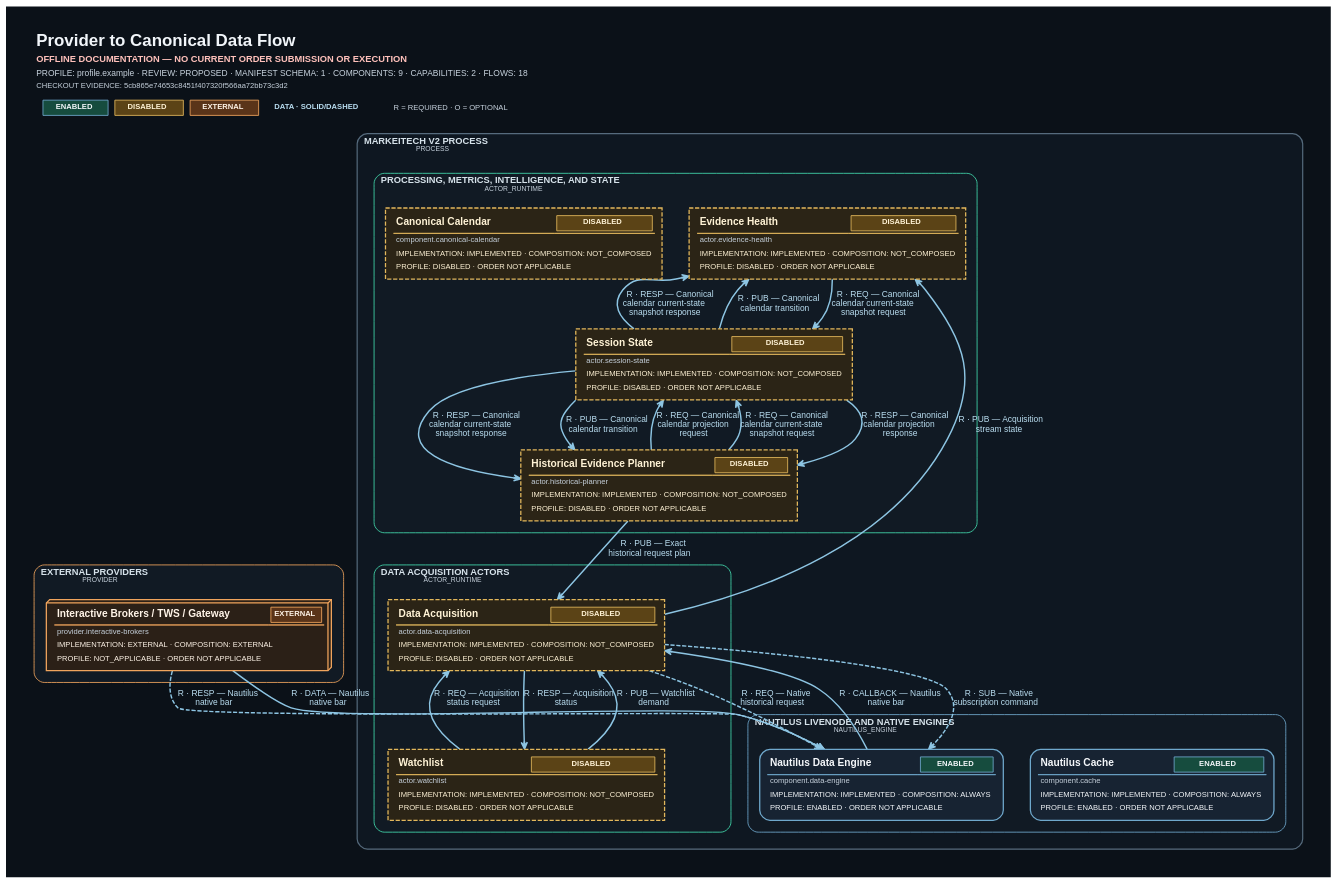
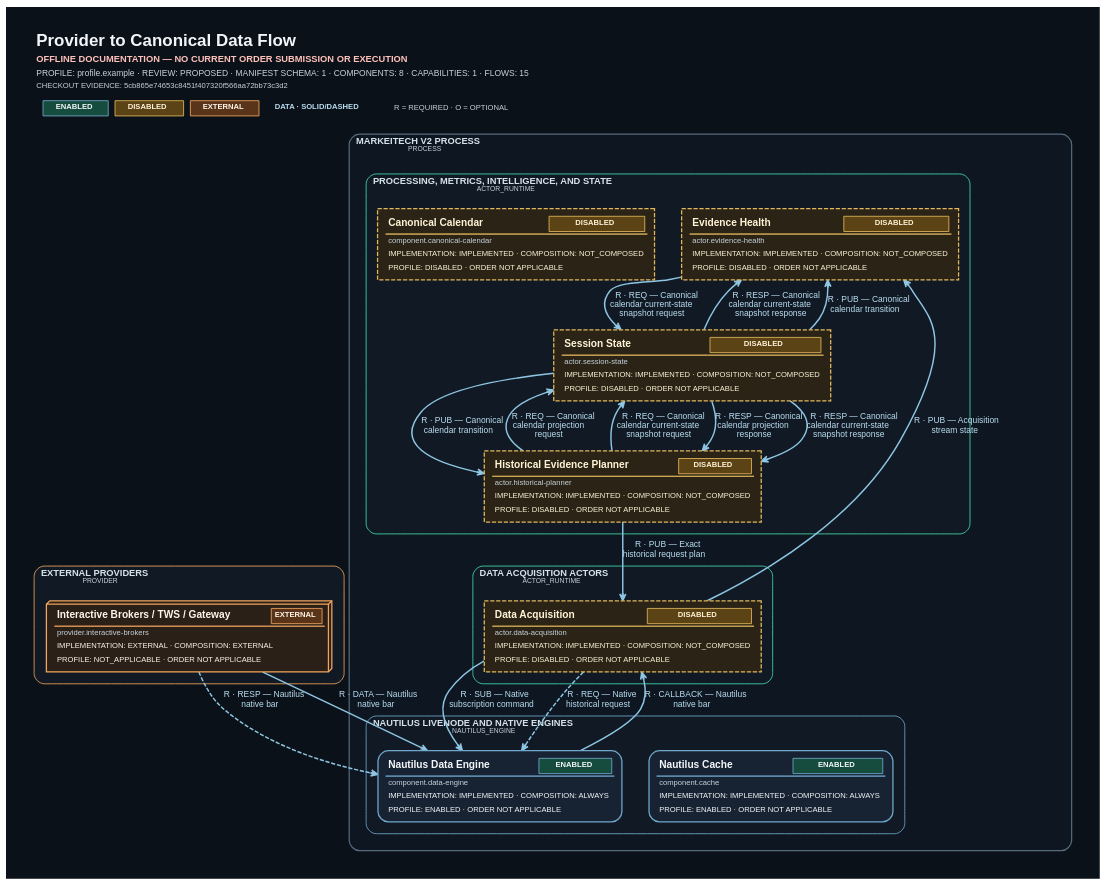
Before and after one commit to ShriekinNinja/Markeitech_V2: the diagram in tools/system-diagram/docs/generated/provider-canonical-data.dot, drawn with Graphviz. The commit also changed 68 other files, not shown here.

```diff
--- a/tools/system-diagram/docs/generated/provider-canonical-data.dot
+++ b/tools/system-diagram/docs/generated/provider-canonical-data.dot
@@ -1,5 +1,5 @@
 digraph "Provider to Canonical Data Flow" {
-	graph [bgcolor="#0B1118" fontcolor="#F2F6FA" fontname=Helvetica fontsize=18 forcelabels=true label=<<TABLE BORDER="0" CELLBORDER="0" CELLSPACING="0" CELLPADDING="2"><TR><TD ALIGN="LEFT"><FONT COLOR="#F2F6FA" POINT-SIZE="20"><B>Provider to Canonical Data Flow</B></FONT></TD></TR><TR><TD ALIGN="LEFT"><FONT COLOR="#FFC1BB" POINT-SIZE="11"><B>OFFLINE DOCUMENTATION &#8212; NO CURRENT ORDER SUBMISSION OR EXECUTION</B></FONT></TD></TR><TR><TD ALIGN="LEFT"><FONT COLOR="#C7D2DD" POINT-SIZE="10">PROFILE: profile.example &#183; REVIEW: PROPOSED &#183; MANIFEST SCHEMA: 1 &#183; COMPONENTS: 9 &#183; CAPABILITIES: 2 &#183; FLOWS: 18</FONT></TD></TR><TR><TD ALIGN="LEFT"><FONT COLOR="#C7D2DD" POINT-SIZE="9">CHECKOUT EVIDENCE: 5cb865e74653c8451f407320f566aa72bb73c3d2</FONT></TD></TR><TR><TD ALIGN="LEFT"><TABLE BORDER="0" CELLBORDER="0" CELLSPACING="8" CELLPADDING="0"><TR><TD><TABLE BORDER="1" CELLBORDER="0" CELLSPACING="0" CELLPADDING="3" COLOR="#6FA8CC" BGCOLOR="#164C3E"><TR><TD><FONT COLOR="#F4F7FA" POINT-SIZE="9"><B>ENABLED</B></FONT></TD></TR></TABLE></TD><TD><TABLE BORDER="1" CELLBORDER="0" CELLSPACING="0" CELLPADDING="3" COLOR="#E2B75C" BGCOLOR="#5B4316"><TR><TD><FONT COLOR="#FFF3D6" POINT-SIZE="9"><B>DISABLED</B></FONT></TD></TR></TABLE></TD><TD><TABLE BORDER="1" CELLBORDER="0" CELLSPACING="0" CELLPADDING="3" COLOR="#F0A45D" BGCOLOR="#5A3419"><TR><TD><FONT COLOR="#FFF4E8" POINT-SIZE="9"><B>EXTERNAL</B></FONT></TD></TR></TABLE></TD><TD><FONT COLOR="#B9DDF0" POINT-SIZE="9"><B>DATA · SOLID/DASHED</B></FONT></TD><TD><FONT COLOR="#C7D2DD" POINT-SIZE="9">R = REQUIRED &#183; O = OPTIONAL</FONT></TD></TR></TABLE></TD></TR></TABLE>> labeljust=l labelloc=t margin=0.15 nodesep=0.45 outputorder=edgesfirst overlap=false pack=true packmode="graph" pad=0.35 rankdir=TB ranksep=0.35 splines=spline]
+	graph [bgcolor="#0B1118" fontcolor="#F2F6FA" fontname=Helvetica fontsize=18 forcelabels=true label=<<TABLE BORDER="0" CELLBORDER="0" CELLSPACING="0" CELLPADDING="2"><TR><TD ALIGN="LEFT"><FONT COLOR="#F2F6FA" POINT-SIZE="20"><B>Provider to Canonical Data Flow</B></FONT></TD></TR><TR><TD ALIGN="LEFT"><FONT COLOR="#FFC1BB" POINT-SIZE="11"><B>OFFLINE DOCUMENTATION &#8212; NO CURRENT ORDER SUBMISSION OR EXECUTION</B></FONT></TD></TR><TR><TD ALIGN="LEFT"><FONT COLOR="#C7D2DD" POINT-SIZE="10">PROFILE: profile.example &#183; REVIEW: PROPOSED &#183; MANIFEST SCHEMA: 1 &#183; COMPONENTS: 8 &#183; CAPABILITIES: 1 &#183; FLOWS: 15</FONT></TD></TR><TR><TD ALIGN="LEFT"><FONT COLOR="#C7D2DD" POINT-SIZE="9">CHECKOUT EVIDENCE: 5cb865e74653c8451f407320f566aa72bb73c3d2</FONT></TD></TR><TR><TD ALIGN="LEFT"><TABLE BORDER="0" CELLBORDER="0" CELLSPACING="8" CELLPADDING="0"><TR><TD><TABLE BORDER="1" CELLBORDER="0" CELLSPACING="0" CELLPADDING="3" COLOR="#6FA8CC" BGCOLOR="#164C3E"><TR><TD><FONT COLOR="#F4F7FA" POINT-SIZE="9"><B>ENABLED</B></FONT></TD></TR></TABLE></TD><TD><TABLE BORDER="1" CELLBORDER="0" CELLSPACING="0" CELLPADDING="3" COLOR="#E2B75C" BGCOLOR="#5B4316"><TR><TD><FONT COLOR="#FFF3D6" POINT-SIZE="9"><B>DISABLED</B></FONT></TD></TR></TABLE></TD><TD><TABLE BORDER="1" CELLBORDER="0" CELLSPACING="0" CELLPADDING="3" COLOR="#F0A45D" BGCOLOR="#5A3419"><TR><TD><FONT COLOR="#FFF4E8" POINT-SIZE="9"><B>EXTERNAL</B></FONT></TD></TR></TABLE></TD><TD><FONT COLOR="#B9DDF0" POINT-SIZE="9"><B>DATA · SOLID/DASHED</B></FONT></TD><TD><FONT COLOR="#C7D2DD" POINT-SIZE="9">R = REQUIRED &#183; O = OPTIONAL</FONT></TD></TR></TABLE></TD></TR></TABLE>> labeljust=l labelloc=t margin=0.15 nodesep=0.45 outputorder=edgesfirst overlap=false pack=true packmode="graph" pad=0.35 rankdir=TB ranksep=0.35 splines=spline]
 	node [fixedsize=false fontcolor="#F4F7FA" fontname=Helvetica fontsize=10 height=0.9 imagescale=true labelloc=b margin="0.12,0.08" shape=box style=rounded width=2.2]
 	edge [arrowsize=0.8 color="#8DC5E3" fontcolor="#B9DDF0" fontname=Helvetica fontsize=9]
 	subgraph "cluster_Markeitech V2 process" {
@@ -7,7 +7,6 @@
 		subgraph "cluster_Data acquisition actors" {
 			graph [bgcolor="#111A24" color="#43D9AE" fontcolor="#D6E2EA" fontname=Helvetica fontsize=11 id="boundary.acquisition" label=<<FONT COLOR="#D6E2EA" POINT-SIZE="11"><B>DATA ACQUISITION ACTORS</B></FONT><BR ALIGN="LEFT"/><FONT COLOR="#C7D2DD" POINT-SIZE="8">ACTOR_RUNTIME</FONT>> labeljust=l margin=14 pencolor="#43D9AE" penwidth=1.0 rankdir=LR shape=box style=rounded]
 			"actor.data-acquisition" [label=<<TABLE BORDER="0" CELLBORDER="0" CELLSPACING="0" CELLPADDING="3"><TR><TD ALIGN="LEFT"><FONT COLOR="#FFF3D6" POINT-SIZE="12"><B>Data Acquisition</B></FONT></TD><TD ALIGN="RIGHT"><TABLE BORDER="1" CELLBORDER="0" CELLSPACING="0" CELLPADDING="3" COLOR="#E2B75C" BGCOLOR="#5B4316"><TR><TD><FONT COLOR="#FFF3D6" POINT-SIZE="9"><B>DISABLED</B></FONT></TD></TR></TABLE></TD></TR><HR/><TR><TD COLSPAN="2" ALIGN="LEFT"><FONT COLOR="#C7D2DD" POINT-SIZE="9">actor.data-acquisition</FONT></TD></TR><TR><TD COLSPAN="2" ALIGN="LEFT"><FONT COLOR="#FFF3D6" POINT-SIZE="9">IMPLEMENTATION: IMPLEMENTED &#183; COMPOSITION: NOT_COMPOSED</FONT></TD></TR><TR><TD COLSPAN="2" ALIGN="LEFT"><FONT COLOR="#FFF3D6" POINT-SIZE="9">PROFILE: DISABLED &#183; ORDER NOT APPLICABLE</FONT></TD></TR></TABLE>> color="#E2B75C" fillcolor="#2B2416" fixedsize=false fontcolor="#FFF3D6" group="boundary.acquisition" height=0.82 id="actor.data-acquisition" labelloc=c margin="0.12,0.09" penwidth=1.5 shape=box style="dashed,filled" tooltip="actor.data-acquisition" width=2.7]
-			"actor.watchlist" [label=<<TABLE BORDER="0" CELLBORDER="0" CELLSPACING="0" CELLPADDING="3"><TR><TD ALIGN="LEFT"><FONT COLOR="#FFF3D6" POINT-SIZE="12"><B>Watchlist</B></FONT></TD><TD ALIGN="RIGHT"><TABLE BORDER="1" CELLBORDER="0" CELLSPACING="0" CELLPADDING="3" COLOR="#E2B75C" BGCOLOR="#5B4316"><TR><TD><FONT COLOR="#FFF3D6" POINT-SIZE="9"><B>DISABLED</B></FONT></TD></TR></TABLE></TD></TR><HR/><TR><TD COLSPAN="2" ALIGN="LEFT"><FONT COLOR="#C7D2DD" POINT-SIZE="9">actor.watchlist</FONT></TD></TR><TR><TD COLSPAN="2" ALIGN="LEFT"><FONT COLOR="#FFF3D6" POINT-SIZE="9">IMPLEMENTATION: IMPLEMENTED &#183; COMPOSITION: NOT_COMPOSED</FONT></TD></TR><TR><TD COLSPAN="2" ALIGN="LEFT"><FONT COLOR="#FFF3D6" POINT-SIZE="9">PROFILE: DISABLED &#183; ORDER NOT APPLICABLE</FONT></TD></TR></TABLE>> color="#E2B75C" fillcolor="#2B2416" fixedsize=false fontcolor="#FFF3D6" group="boundary.acquisition" height=0.82 id="actor.watchlist" labelloc=c margin="0.12,0.09" penwidth=1.5 shape=box style="dashed,filled" tooltip="actor.watchlist" width=2.7]
 		}
 		subgraph "cluster_Processing, metrics, intelligence, and state" {
 			graph [bgcolor="#111A24" color="#43D9AE" fontcolor="#D6E2EA" fontname=Helvetica fontsize=11 id="boundary.intelligence" label=<<FONT COLOR="#D6E2EA" POINT-SIZE="11"><B>PROCESSING, METRICS, INTELLIGENCE, AND STATE</B></FONT><BR ALIGN="LEFT"/><FONT COLOR="#C7D2DD" POINT-SIZE="8">ACTOR_RUNTIME</FONT>> labeljust=l margin=14 pencolor="#43D9AE" penwidth=1.0 rankdir=LR shape=box style=rounded]
@@ -26,9 +25,8 @@
 		graph [bgcolor="#111A24" color="#F0A45D" fontcolor="#D6E2EA" fontname=Helvetica fontsize=11 id="boundary.providers" label=<<FONT COLOR="#D6E2EA" POINT-SIZE="11"><B>EXTERNAL PROVIDERS</B></FONT><BR ALIGN="LEFT"/><FONT COLOR="#C7D2DD" POINT-SIZE="8">PROVIDER</FONT>> labeljust=l margin=14 pencolor="#F0A45D" penwidth=1.0 rankdir=LR shape=box style=rounded]
 		"provider.interactive-brokers" [label=<<TABLE BORDER="0" CELLBORDER="0" CELLSPACING="0" CELLPADDING="3"><TR><TD ALIGN="LEFT"><FONT COLOR="#FFF4E8" POINT-SIZE="12"><B>Interactive Brokers / TWS / Gateway</B></FONT></TD><TD ALIGN="RIGHT"><TABLE BORDER="1" CELLBORDER="0" CELLSPACING="0" CELLPADDING="3" COLOR="#F0A45D" BGCOLOR="#5A3419"><TR><TD><FONT COLOR="#FFF4E8" POINT-SIZE="9"><B>EXTERNAL</B></FONT></TD></TR></TABLE></TD></TR><HR/><TR><TD COLSPAN="2" ALIGN="LEFT"><FONT COLOR="#C7D2DD" POINT-SIZE="9">provider.interactive-brokers</FONT></TD></TR><TR><TD COLSPAN="2" ALIGN="LEFT"><FONT COLOR="#FFF4E8" POINT-SIZE="9">IMPLEMENTATION: EXTERNAL &#183; COMPOSITION: EXTERNAL</FONT></TD></TR><TR><TD COLSPAN="2" ALIGN="LEFT"><FONT COLOR="#FFF4E8" POINT-SIZE="9">PROFILE: NOT_APPLICABLE &#183; ORDER NOT APPLICABLE</FONT></TD></TR></TABLE>> color="#F0A45D" fillcolor="#2B2017" fixedsize=false fontcolor="#FFF4E8" group="boundary.providers" height=0.82 id="provider.interactive-brokers" labelloc=c margin="0.12,0.09" penwidth=1.5 shape=box3d style="rounded,filled" tooltip="provider.interactive-brokers" width=2.7]
 	}
-	"actor.data-acquisition" -> "actor.watchlist" [label=<<font point-size="10">R · RESP — Acquisition<br/>status</font>> arrowhead=vee color="#8DC5E3" dir=forward fontcolor="#B9DDF0" fontname="Sans-Serif" fontsize=13 id="edge.acquisition-status-watchlist" penwidth=1.7 style=solid tooltip="edge.acquisition-status-watchlist"]
 	"actor.data-acquisition" -> "actor.evidence-health" [label=<<font point-size="10">R · PUB — Acquisition<br/>stream state</font>> arrowhead=vee color="#8DC5E3" dir=forward fontcolor="#B9DDF0" fontname="Sans-Serif" fontsize=13 id="edge.acquisition-stream-health" penwidth=1.7 style=solid tooltip="edge.acquisition-stream-health"]
-	"actor.data-acquisition" -> "component.data-engine" [label=<<font point-size="10">R · SUB — Native<br/>subscription command</font>> arrowhead=vee color="#8DC5E3" dir=forward fontcolor="#B9DDF0" fontname="Sans-Serif" fontsize=13 id="edge.acquisition-subscribe" penwidth=1.7 style=dashed tooltip="edge.acquisition-subscribe"]
+	"actor.data-acquisition" -> "component.data-engine" [label=<<font point-size="10">R · SUB — Native<br/>subscription command</font>> arrowhead=vee color="#8DC5E3" dir=forward fontcolor="#B9DDF0" fontname="Sans-Serif" fontsize=13 id="edge.acquisition-subscribe" penwidth=1.7 style=solid tooltip="edge.acquisition-subscribe"]
 	"actor.evidence-health" -> "actor.session-state" [label=<<font point-size="10">R · REQ — Canonical<br/>calendar current-state<br/>snapshot request</font>> arrowhead=vee color="#8DC5E3" dir=forward fontcolor="#B9DDF0" fontname="Sans-Serif" fontsize=13 id="edge.calendar-request-health" penwidth=1.7 style=solid tooltip="edge.calendar-request-health"]
 	"actor.historical-planner" -> "actor.session-state" [label=<<font point-size="10">R · REQ — Canonical<br/>calendar projection<br/>request</font>> arrowhead=vee color="#8DC5E3" dir=forward fontcolor="#B9DDF0" fontname="Sans-Serif" fontsize=13 id="edge.calendar-request-planner" penwidth=1.7 style=solid tooltip="edge.calendar-request-planner"]
 	"actor.session-state" -> "actor.evidence-health" [label=<<font point-size="10">R · RESP — Canonical<br/>calendar current-state<br/>snapshot response</font>> arrowhead=vee color="#8DC5E3" dir=forward fontcolor="#B9DDF0" fontname="Sans-Serif" fontsize=13 id="edge.calendar-response-health" penwidth=1.7 style=solid tooltip="edge.calendar-response-health"]
@@ -42,6 +40,4 @@
 	"provider.interactive-brokers" -> "component.data-engine" [label=<<font point-size="10">R · RESP — Nautilus<br/>native bar</font>> arrowhead=vee color="#8DC5E3" dir=forward fontcolor="#B9DDF0" fontname="Sans-Serif" fontsize=13 id="edge.historical-provider-response" penwidth=1.7 style=dashed tooltip="edge.historical-provider-response"]
 	"provider.interactive-brokers" -> "component.data-engine" [label=<<font point-size="10">R · DATA — Nautilus<br/>native bar</font>> arrowhead=vee color="#8DC5E3" dir=forward fontcolor="#B9DDF0" fontname="Sans-Serif" fontsize=13 id="edge.ib-native-bars" penwidth=1.7 style=solid tooltip="edge.ib-native-bars"]
 	"actor.data-acquisition" -> "component.data-engine" [label=<<font point-size="10">R · REQ — Native<br/>historical request</font>> arrowhead=vee color="#8DC5E3" dir=forward fontcolor="#B9DDF0" fontname="Sans-Serif" fontsize=13 id="edge.native-historical-request" penwidth=1.7 style=dashed tooltip="edge.native-historical-request"]
-	"actor.watchlist" -> "actor.data-acquisition" [label=<<font point-size="10">R · PUB — Watchlist<br/>demand</font>> arrowhead=vee color="#8DC5E3" dir=forward fontcolor="#B9DDF0" fontname="Sans-Serif" fontsize=13 id="edge.watchlist-demand" penwidth=1.7 style=solid tooltip="edge.watchlist-demand"]
-	"actor.watchlist" -> "actor.data-acquisition" [label=<<font point-size="10">R · REQ — Acquisition<br/>status request</font>> arrowhead=vee color="#8DC5E3" dir=forward fontcolor="#B9DDF0" fontname="Sans-Serif" fontsize=13 id="edge.watchlist-status-request" penwidth=1.7 style=solid tooltip="edge.watchlist-status-request"]
 }
```
